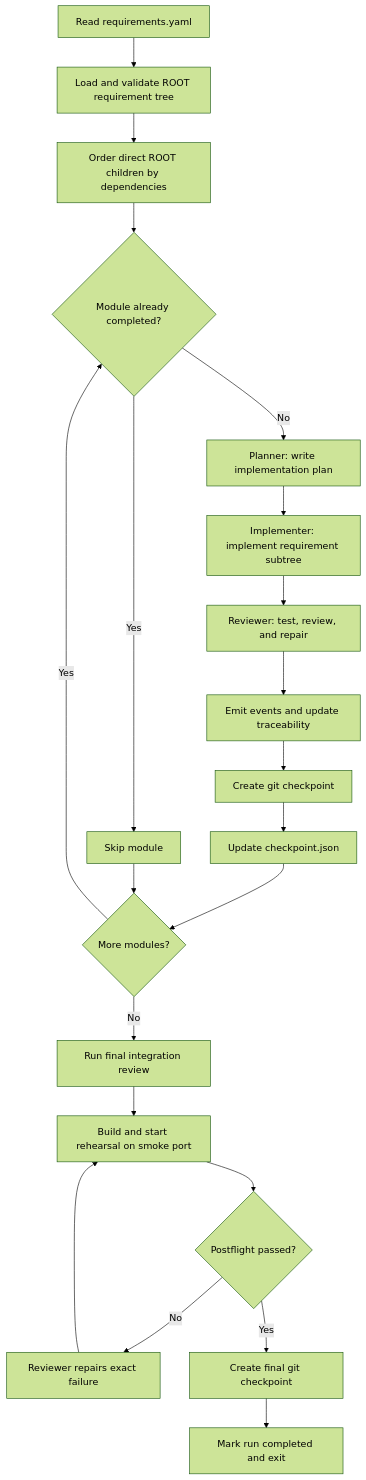
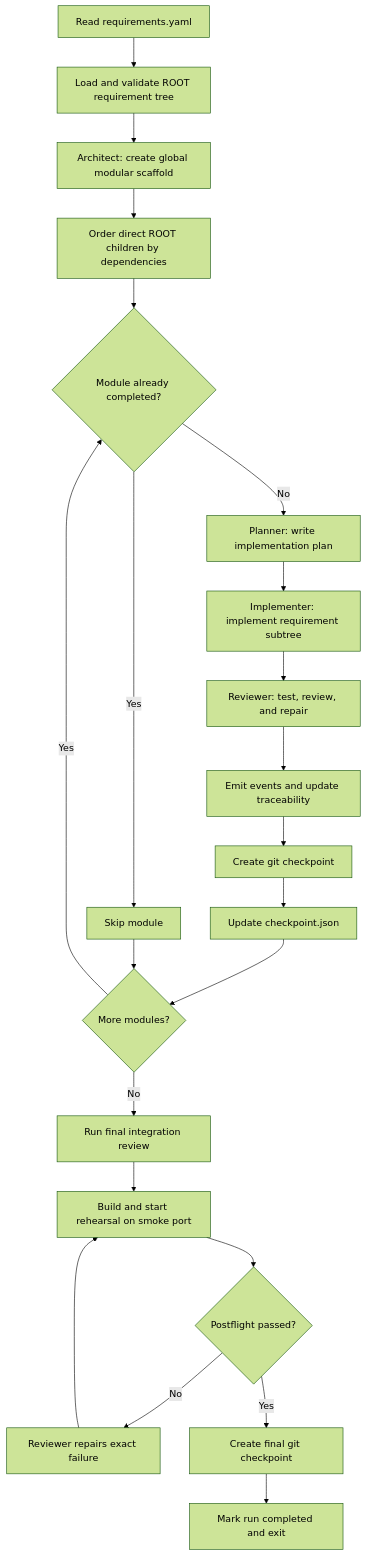
The diagram in README.md (onewesong/hafleet-arc), drawn with Mermaid (forest theme) before and after one commit. The commit also changed other lines of this file and 7 other files, not shown here.

First line of the commit message:
feat(architecture): implement global architecture phase in HAFleet ARC

````diff
--- a/README.md
+++ b/README.md
@@ -32,23 +32,24 @@
 ```mermaid
 flowchart TD
     A["Read requirements.yaml"] --> B["Load and validate ROOT requirement tree"]
-    B --> C["Order direct ROOT children by dependencies"]
-    C --> D{"Module already completed?"}
-    D -- "Yes" --> E["Skip module"]
-    D -- "No" --> F["Planner: write implementation plan"]
-    F --> G["Implementer: implement requirement subtree"]
-    G --> H["Reviewer: test, review, and repair"]
-    H --> I["Emit events and update traceability"]
-    I --> J["Create git checkpoint"]
-    J --> K["Update checkpoint.json"]
-    K --> L{"More modules?"}
-    E --> L
-    L -- "Yes" --> D
-    L -- "No" --> M["Run final integration review"]
-    M --> N["Build and start rehearsal on smoke port"]
-    N --> O{"Postflight passed?"}
-    O -- "No" --> P["Reviewer repairs exact failure"]
-    P --> N
-    O -- "Yes" --> Q["Create final git checkpoint"]
-    Q --> R["Mark run completed and exit"]
+    B --> C["Architect: create global modular scaffold"]
+    C --> D["Order direct ROOT children by dependencies"]
+    D --> E{"Module already completed?"}
+    E -- "Yes" --> F["Skip module"]
+    E -- "No" --> G["Planner: write implementation plan"]
+    G --> H["Implementer: implement requirement subtree"]
+    H --> I["Reviewer: test, review, and repair"]
+    I --> J["Emit events and update traceability"]
+    J --> K["Create git checkpoint"]
+    K --> L["Update checkpoint.json"]
+    L --> M{"More modules?"}
+    F --> M
+    M -- "Yes" --> E
+    M -- "No" --> N["Run final integration review"]
+    N --> O["Build and start rehearsal on smoke port"]
+    O --> P{"Postflight passed?"}
+    P -- "No" --> Q["Reviewer repairs exact failure"]
+    Q --> O
+    P -- "Yes" --> R["Create final git checkpoint"]
+    R --> S["Mark run completed and exit"]
 ```
````
